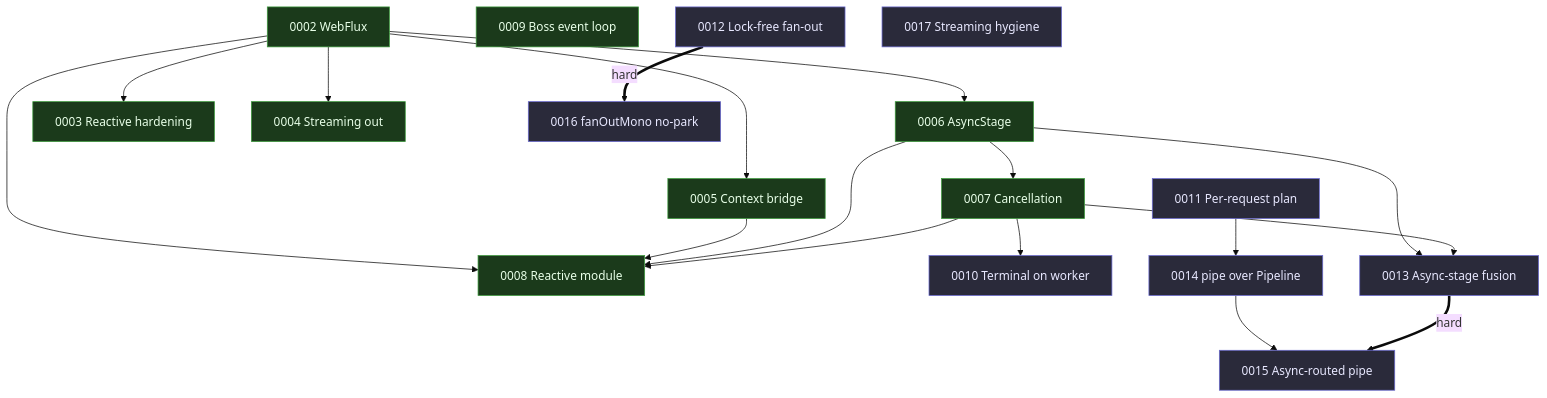
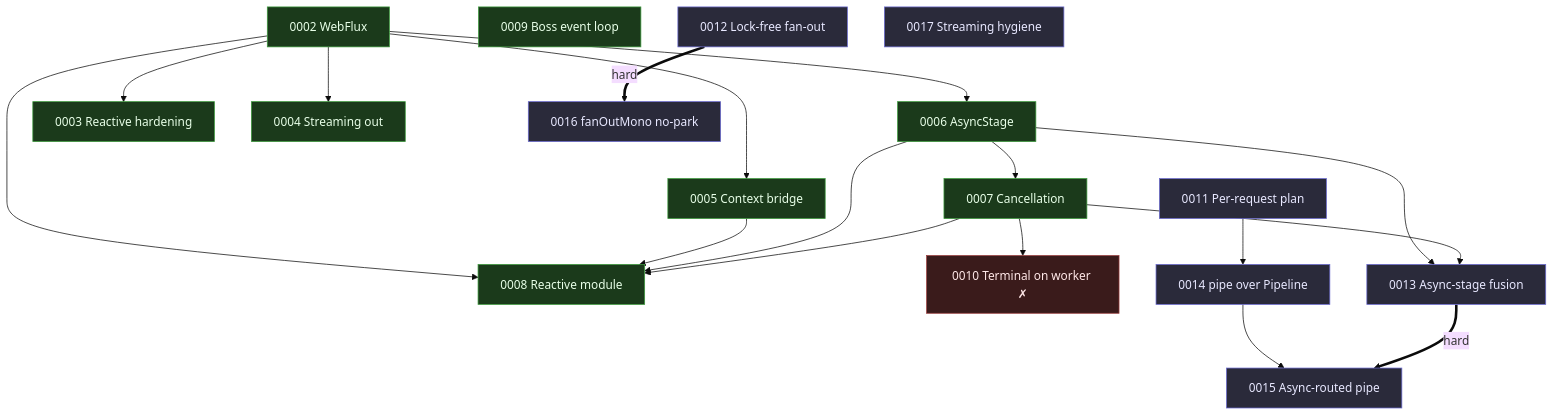
The diagram in docs/rfc/0000-index.md (fabiangftech/nioflow), drawn with Mermaid (base theme) before and after one commit. The commit also changed other lines of this file and 1 other file, not shown here.

Commit message:
docs(rfc): mark RFC 0010 as rejected due to measured throughput regression
- Updated RFC 0010 to "Rejected" after benchmarking revealed consistent performance regressions on synchronous paths (6–30% hit).
- Added detailed analysis and benchmark results to explain performance trade-offs and anti-synergistic interaction with RFC 0009.
- Revised 0000-index.md and dependency graph to reflect the rejection.

````diff
--- a/docs/rfc/0000-index.md
+++ b/docs/rfc/0000-index.md
@@ -35,39 +35,40 @@
 ```mermaid
 flowchart TD
     classDef done fill:#1b3a1b,stroke:#3c9a3c,color:#e8ffe8
     classDef prop fill:#2a2a3a,stroke:#6a6ad0,color:#e8e8ff
+    classDef rej fill:#3a1b1b,stroke:#9a3c3c,color:#ffe8e8
     classDef hard stroke-width:3px
 
     %% ── implemented (0001–0008) ──
     R0002["0002 WebFlux"]:::done
     R0006["0006 AsyncStage"]:::done
     R0007["0007 Cancellation"]:::done
     R0002 --> R0006 --> R0007
     R0002 --> R0003["0003 Reactive hardening"]:::done
     R0002 --> R0004["0004 Streaming out"]:::done
     R0002 --> R0005["0005 Context bridge"]:::done
     R0002 --> R0008["0008 Reactive module"]:::done
     R0005 --> R0008
     R0006 --> R0008
     R0007 --> R0008
 
     %% ── proposed core (0009–0013) ──
     R0009["0009 Boss event loop"]:::done
-    R0010["0010 Terminal on worker"]:::prop
+    R0010["0010 Terminal on worker ✗"]:::rej
     R0011["0011 Per-request plan"]:::prop
     R0012["0012 Lock-free fan-out"]:::prop
     R0013["0013 Async-stage fusion"]:::prop
     R0007 --> R0010
     R0006 --> R0013
     R0007 --> R0013
 
     %% ── proposed reactive (0014–0017) ──
     R0014["0014 pipe over Pipeline"]:::prop
     R0015["0015 Async-routed pipe"]:::prop
     R0016["0016 fanOutMono no-park"]:::prop
     R0017["0017 Streaming hygiene"]:::prop
     R0011 --> R0014
     R0014 --> R0015
     R0013 == hard ==> R0015
     R0012 == hard ==> R0016
 ```
````
